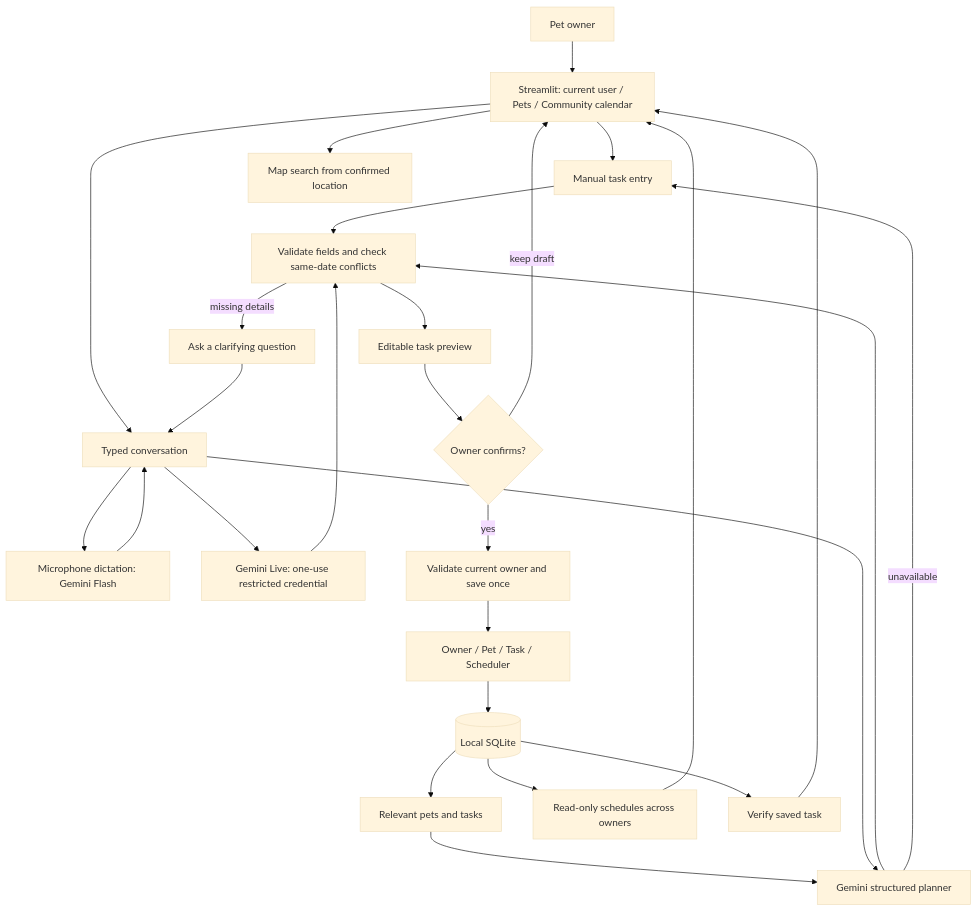
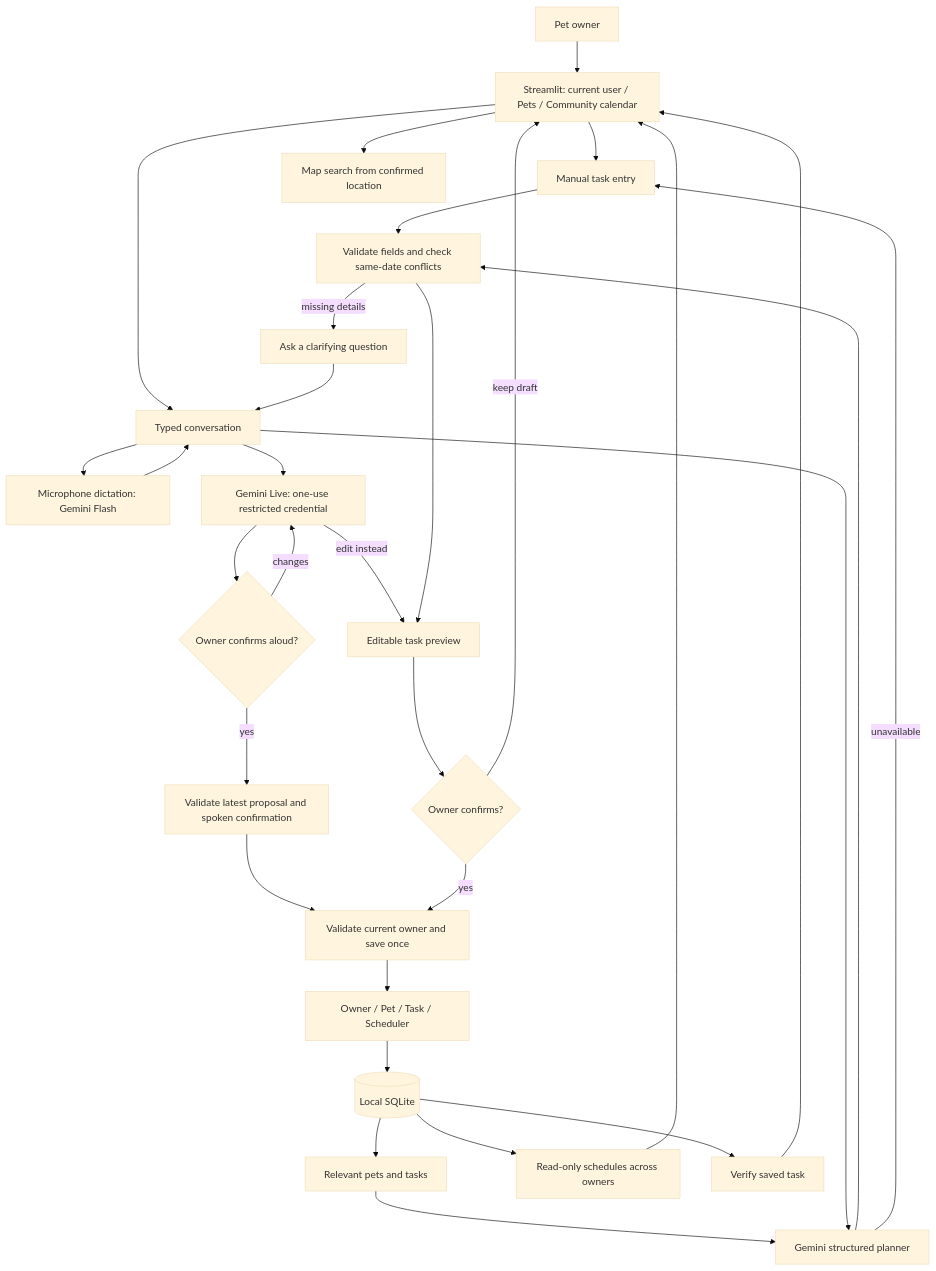
The diagram in diagrams/architecture.mmd (antunishdPursuit/pawpal-ai-planner), drawn with Mermaid (base theme) before and after one commit. The commit also changed 2 other files, not shown here.

Commit message:
docs(voice): document confirmed saving and calendar handoff

```diff
--- a/diagrams/architecture.mmd
+++ b/diagrams/architecture.mmd
@@ -1,27 +1,31 @@
 flowchart TD
     User[Pet owner] --> UI[Streamlit: current user / Pets / Community calendar]
     UI --> Manual[Manual task entry]
     UI --> Conversation[Typed conversation]
     Store[(Local SQLite)] --> Context[Relevant pets and tasks]
     Context --> Gemini[Gemini structured planner]
     Conversation --> Gemini
     Conversation --> Dictation[Microphone dictation: Gemini Flash]
     Dictation --> Conversation
     Conversation --> Live[Gemini Live: one-use restricted credential]
-    Live --> Validator
+    Live --> Spoken{Owner confirms aloud?}
+    Spoken -->|changes| Live
+    Spoken -->|yes| VoiceSave[Validate latest proposal and spoken confirmation]
+    VoiceSave --> Service
+    Live -->|edit instead| Preview
     Store --> Shared[Read-only schedules across owners]
     Shared --> UI
     Gemini --> Validator[Validate fields and check same-date conflicts]
     Manual --> Validator
     Validator -->|missing details| Clarify[Ask a clarifying question]
     Clarify --> Conversation
     Validator --> Preview[Editable task preview]
     Preview --> Confirm{Owner confirms?}
     Confirm -->|keep draft| UI
     Confirm -->|yes| Service[Validate current owner and save once]
     Service --> Domain[Owner / Pet / Task / Scheduler]
     Domain --> Store
     Store --> Readback[Verify saved task]
     Readback --> UI
     Gemini -->|unavailable| Manual
     UI --> Maps[Map search from confirmed location]
```
